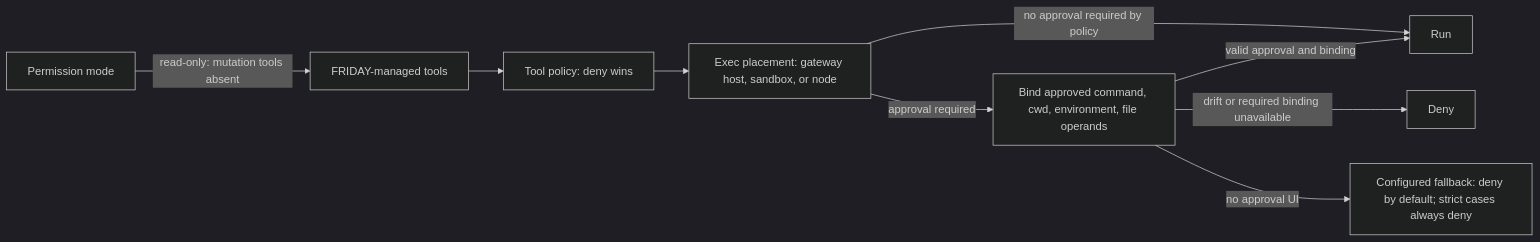
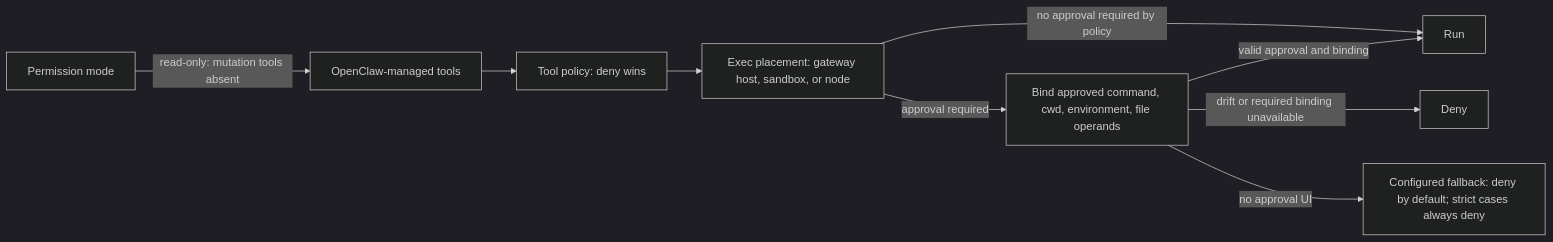
One commit to benardprince-m/F.R.I.D.A.Y_bot changed the diagram in docs/start/why-openclaw/policy-as-code.md. Above: the diagram before and after it, drawn with Mermaid (dark theme). The commit also changed other lines of this file and 6432 other files, not shown here.

First line of the commit message:
Revert "🤖 OpenHands/rebrand: standalone brand word OpenClaw -> FRIDAY across code, tests, docs"

````diff
--- a/docs/start/why-openclaw/policy-as-code.md
+++ b/docs/start/why-openclaw/policy-as-code.md
@@ -16,11 +16,11 @@
 ```mermaid actions={true} placement="top-right"
 flowchart LR
-  MODE["Permission mode"] -->|"read-only: mutation tools absent"| REG["FRIDAY-managed tools"]
+  MODE["Permission mode"] -->|"read-only: mutation tools absent"| REG["OpenClaw-managed tools"]
   REG --> TP["Tool policy: deny wins"]
   TP --> PLACE["Exec placement: gateway host, sandbox, or node"]
   PLACE -->|"approval required"| APR["Bind approved command, cwd, environment, file operands"]
   PLACE -->|"no approval required by policy"| RUN["Run"]
   APR -->|"valid approval and binding"| RUN
   APR -->|"drift or required binding unavailable"| DENY["Deny"]
   APR -->|"no approval UI"| FALLBACK["Configured fallback: deny by default; strict cases always deny"]
 ```
````
